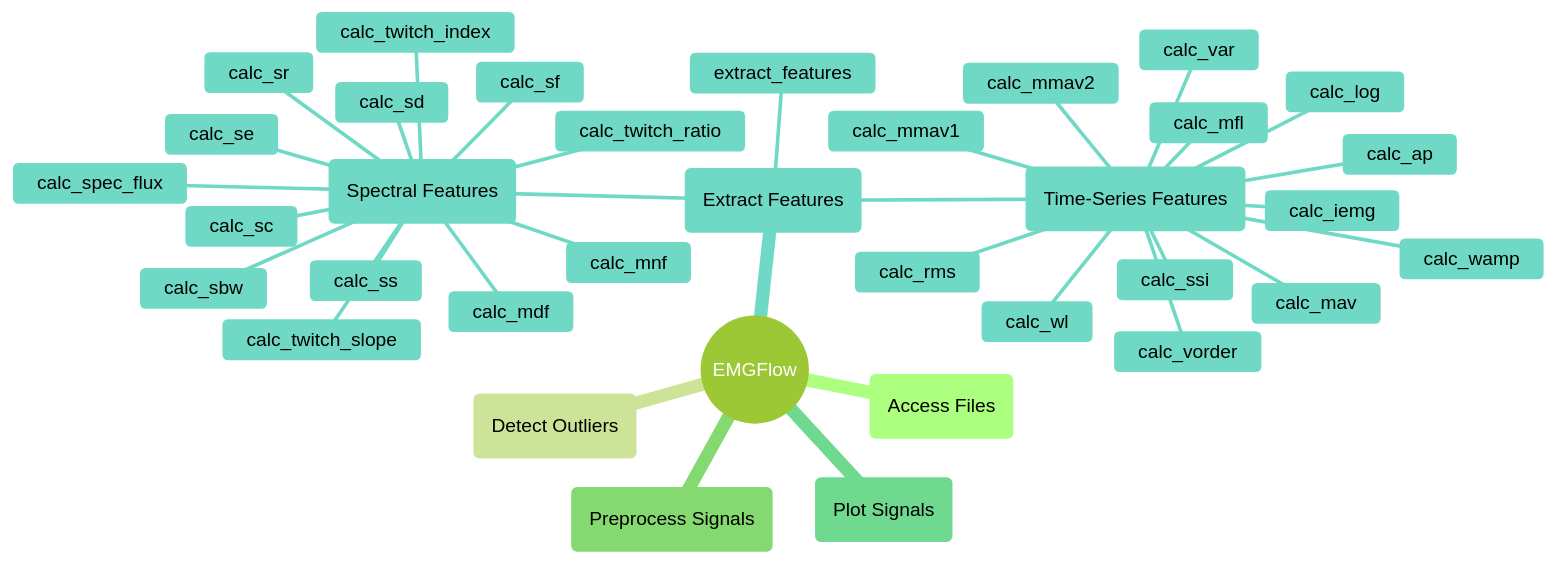
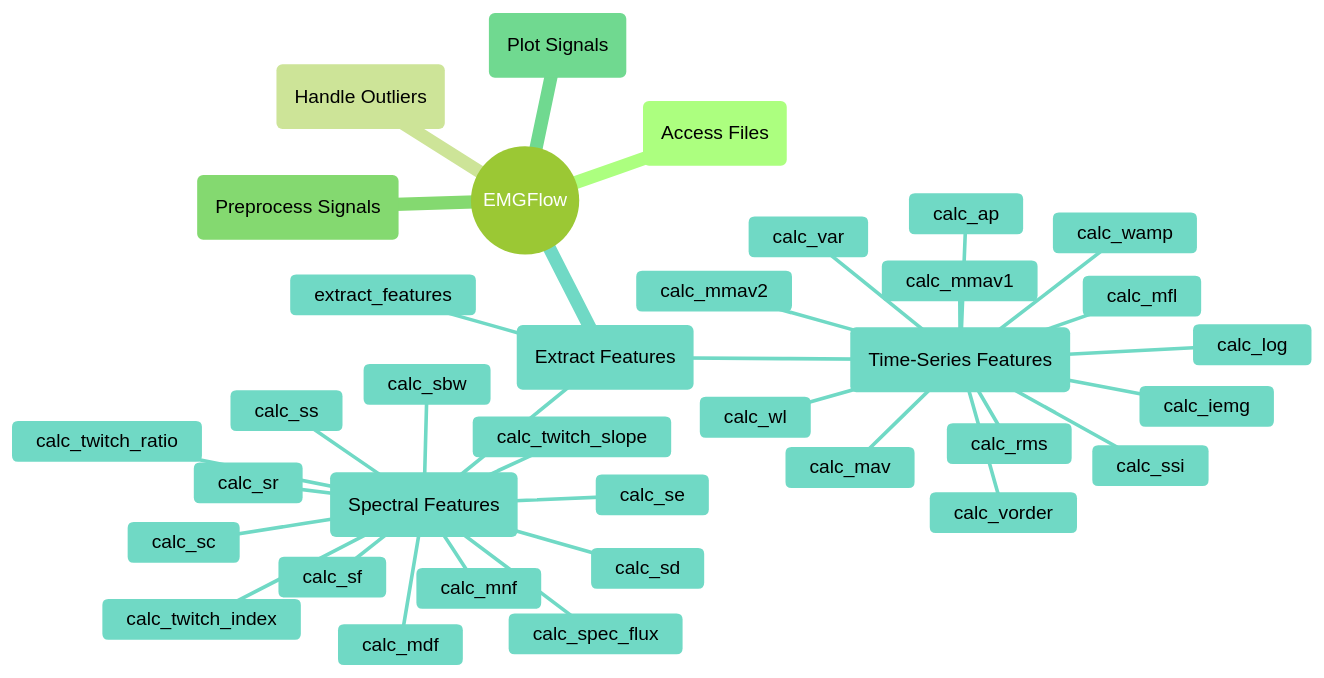
Before and after one commit to WiIIson/EMGFlow-Python-Package: the diagram in docs/reference/extract-features.md, drawn with Mermaid (forest theme). The commit also changed 5 other files, not shown here.

First line of the commit message:
Updated handle_outliers module

````diff
--- a/docs/reference/extract-features.md
+++ b/docs/reference/extract-features.md
@@ -11,38 +11,38 @@
 ```mermaid
 mindmap
     root((EMGFlow))
         AF(Access Files)
-        DO(Detect Outliers)
+        HO(Handle Outliers)
         PrS(Preprocess Signals)
         PlS(Plot Signals)
         EF(Extract Features)
             (Time-Series Features)
                 calc_iemg
                 calc_mav
                 calc_mmav1
                 calc_mmav2
                 calc_ssi
                 calc_var
                 calc_vorder
                 calc_rms
                 calc_wl
                 calc_wamp
                 calc_log
                 calc_mfl
                 calc_ap
             (Spectral Features)
                 calc_spec_flux
                 calc_mdf
                 calc_mnf
                 calc_twitch_ratio
                 calc_twitch_index
                 calc_twitch_slope
                 calc_sc
                 calc_sf
                 calc_ss
                 calc_sd
                 calc_se
                 calc_sr
                 calc_sbw
             extract_features
 ```
````
